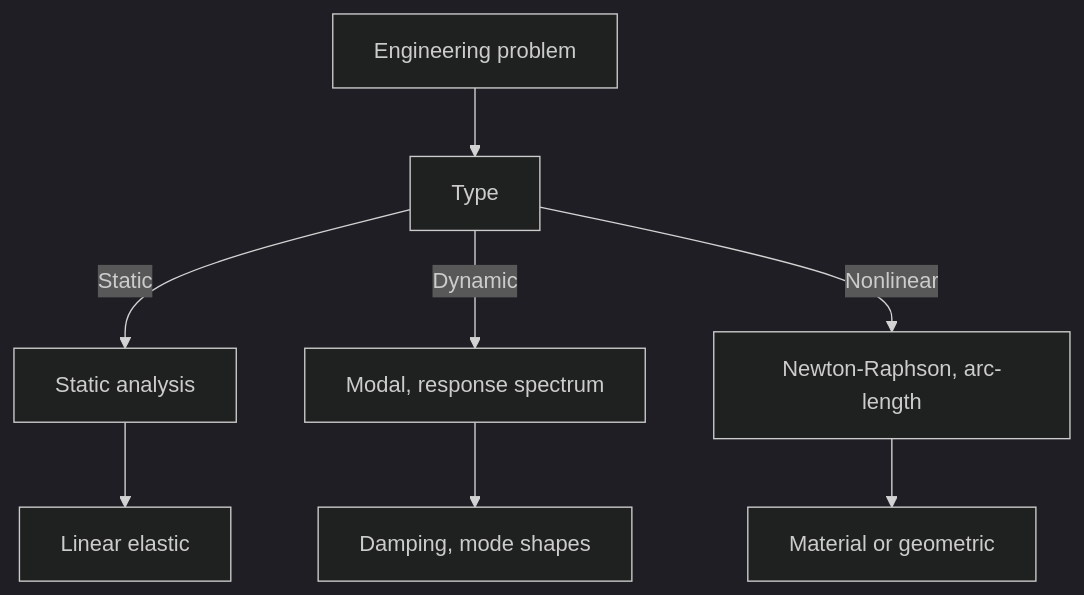
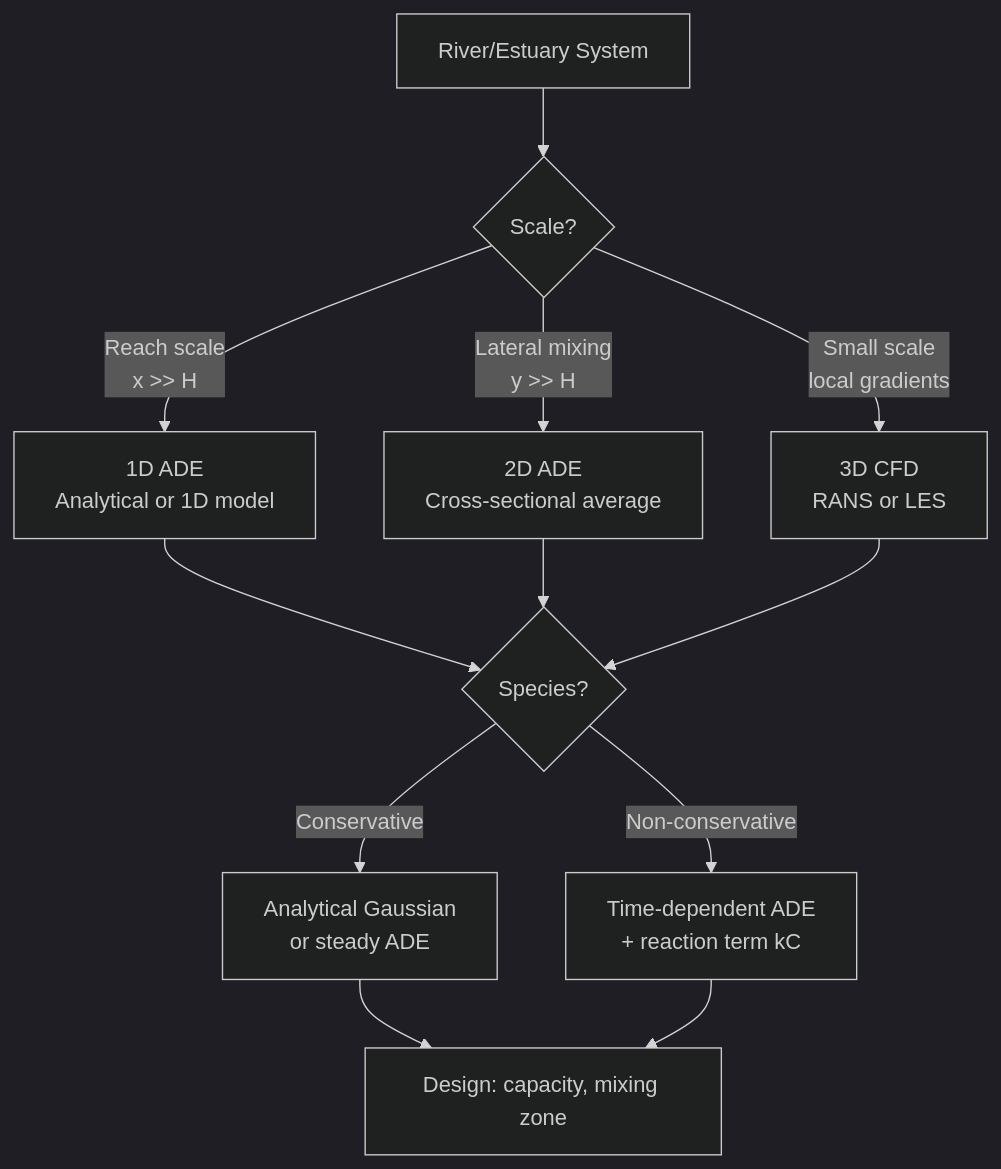
Before and after one commit to yip-lgtm/civil-bootcamp: the seventh of 10 diagrams in MIT_CEE_Core/Track_1_Environment/Fluids_Transport_Engineering/01_1.061_Transport_Processes.md, drawn with Mermaid (dark theme). The commit also changed other lines of this file and 18 other files, not shown here.

````diff
--- a/MIT_CEE_Core/Track_1_Environment/Fluids_Transport_Engineering/01_1.061_Transport_Processes.md
+++ b/MIT_CEE_Core/Track_1_Environment/Fluids_Transport_Engineering/01_1.061_Transport_Processes.md
@@ -259,10 +449,14 @@
 ```mermaid
 flowchart TD
-    A[Engineering problem] --> B[Type]
-    B -->|Static| C[Static analysis]
-    B -->|Dynamic| D[Modal, response spectrum]
-    B -->|Nonlinear| E[Newton-Raphson, arc-length]
-    C --> F[Linear elastic]
-    D --> G[Damping, mode shapes]
-    E --> H[Material or geometric]
+    A[River/Estuary System] --> B{Scale?}
+    B -->|Reach scale<br/>x >> H| C[1D ADE<br/>Analytical or 1D model]
+    B -->|Lateral mixing<br/>y >> H| D[2D ADE<br/>Cross-sectional average]
+    B -->|Small scale<br/>local gradients| E[3D CFD<br/>RANS or LES]
+    C --> F{Species?}
+    D --> F
+    E --> F
+    F -->|Conservative| G[Analytical Gaussian<br/>or steady ADE]
+    F -->|Non-conservative| H[Time-dependent ADE<br/>+ reaction term kC]
+    G --> I[Design: capacity, mixing zone]
+    H --> I
 ```
````
